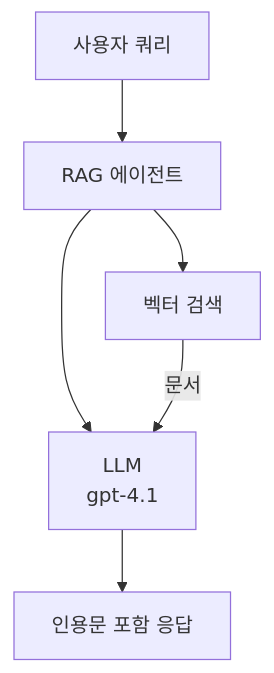
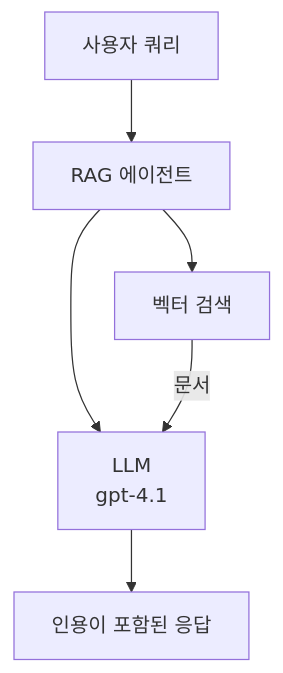
One commit to microsoft/AZD-for-beginners changed the second of 3 diagrams in translations/ko/docs/chapter-02-ai-development/agents.md. Above: the diagram before and after it, drawn with Mermaid. The commit also changed other lines of this file and 101 other files, not shown here.

````diff
--- a/translations/ko/docs/chapter-02-ai-development/agents.md
+++ b/translations/ko/docs/chapter-02-ai-development/agents.md
@@ -170,8 +175,8 @@
 ```mermaid
 graph TD
     Query[사용자 쿼리] --> RAG[RAG 에이전트]
     RAG --> Vector[벡터 검색]
     RAG --> LLM[LLM<br/>gpt-4.1]
     Vector -- 문서 --> LLM
-    LLM --> Response[인용문 포함 응답]
+    LLM --> Response[인용이 포함된 응답]
 ```
````
